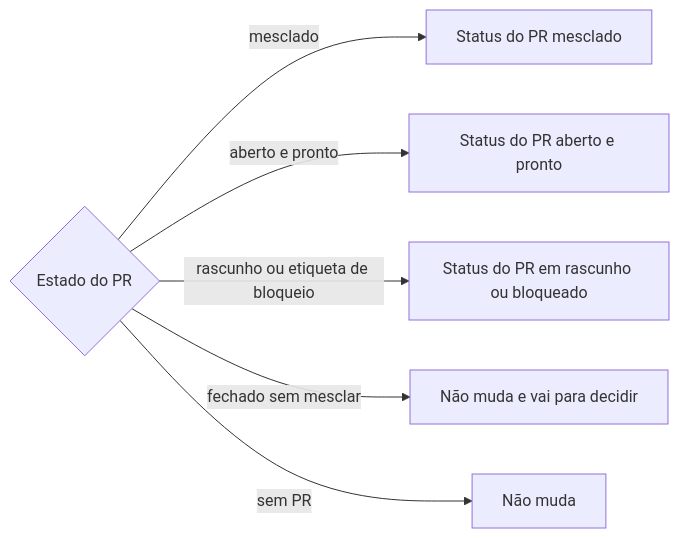
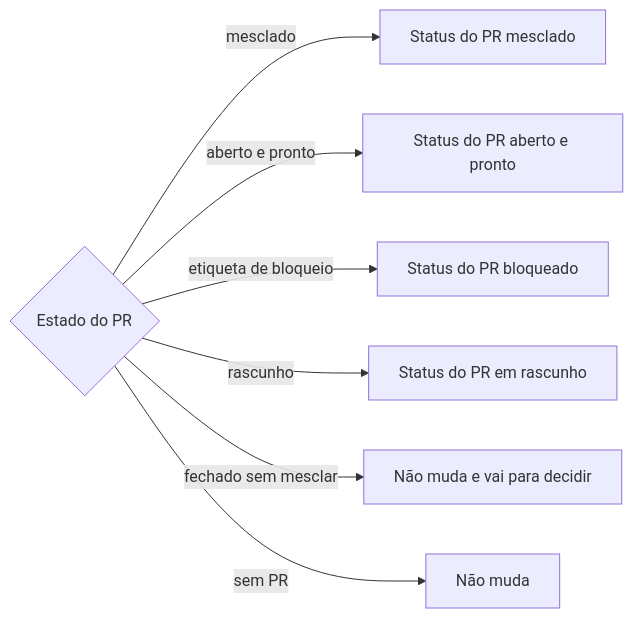
Before and after one commit to jimmyandrade/harness: the diagram in .agents/skills/sincronizar-status-da-tarefa/SKILL.md, drawn with Mermaid. The commit also changed other lines of this file, not shown here.

First line of the commit message:
fix(sincronizar-status-da-tarefa): split draft and blocked into separate statuses

````diff
--- a/.agents/skills/sincronizar-status-da-tarefa/SKILL.md
+++ b/.agents/skills/sincronizar-status-da-tarefa/SKILL.md
@@ -46,8 +47,9 @@
 ```mermaid
 flowchart LR
   A{Estado do PR} -->|mesclado| B[Status do PR mesclado]
   A -->|aberto e pronto| C[Status do PR aberto e pronto]
-  A -->|rascunho ou etiqueta de bloqueio| D[Status do PR em rascunho ou bloqueado]
+  A -->|etiqueta de bloqueio| G[Status do PR bloqueado]
+  A -->|rascunho| D[Status do PR em rascunho]
   A -->|fechado sem mesclar| E[Não muda e vai para decidir]
   A -->|sem PR| F[Não muda]
 ```
````
